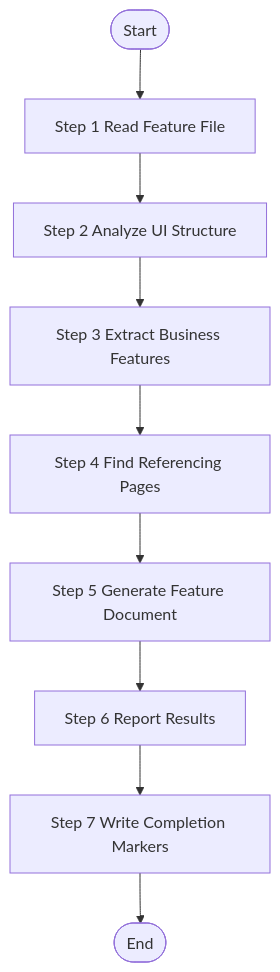
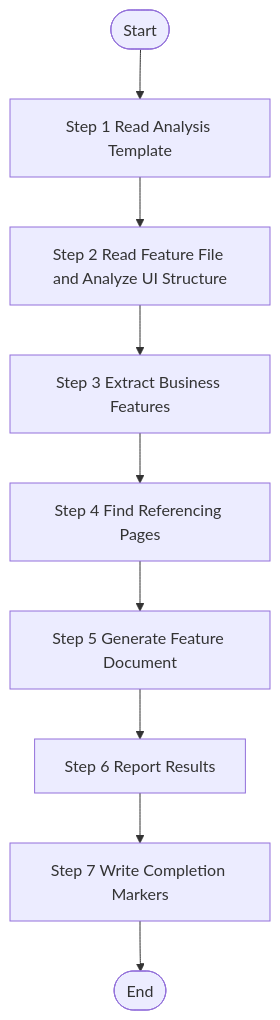
The diagram in .speccrew/skills/speccrew-knowledge-bizs-ui-analyze/SKILL.md (charlesmu99/speccrew), drawn with Mermaid before and after one commit. The commit also changed other lines of this file and 21 other files, not shown here.

Commit message:
refactor: reorder template-driven skills to read template first before source code analysis; update dispatch/init-features/module-classify/graph-write skills

````diff
--- a/.speccrew/skills/speccrew-knowledge-bizs-ui-analyze/SKILL.md
+++ b/.speccrew/skills/speccrew-knowledge-bizs-ui-analyze/SKILL.md
@@ -104,11 +106,11 @@
 ```mermaid
 graph TB
-    Start([Start]) --> Step1[Step 1 Read Feature File]
-    Step1 --> Step2[Step 2 Analyze UI Structure]
+    Start([Start]) --> Step1[Step 1 Read Analysis Template]
+    Step1 --> Step2[Step 2 Read Feature File and Analyze UI Structure]
     Step2 --> Step3[Step 3 Extract Business Features]
     Step3 --> Step4[Step 4 Find Referencing Pages]
     Step4 --> Step5[Step 5 Generate Feature Document]
     Step5 --> Step6[Step 6 Report Results]
     Step6 --> Step7[Step 7 Write Completion Markers]
     Step7 --> End([End])
 ```
````
